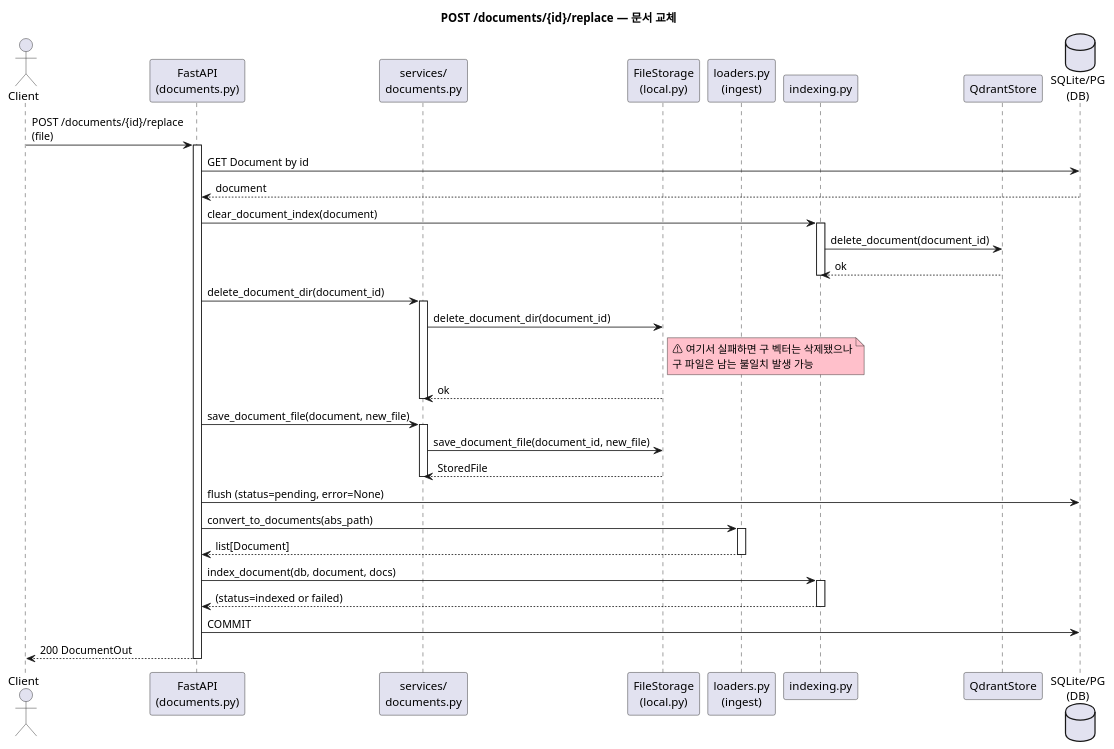
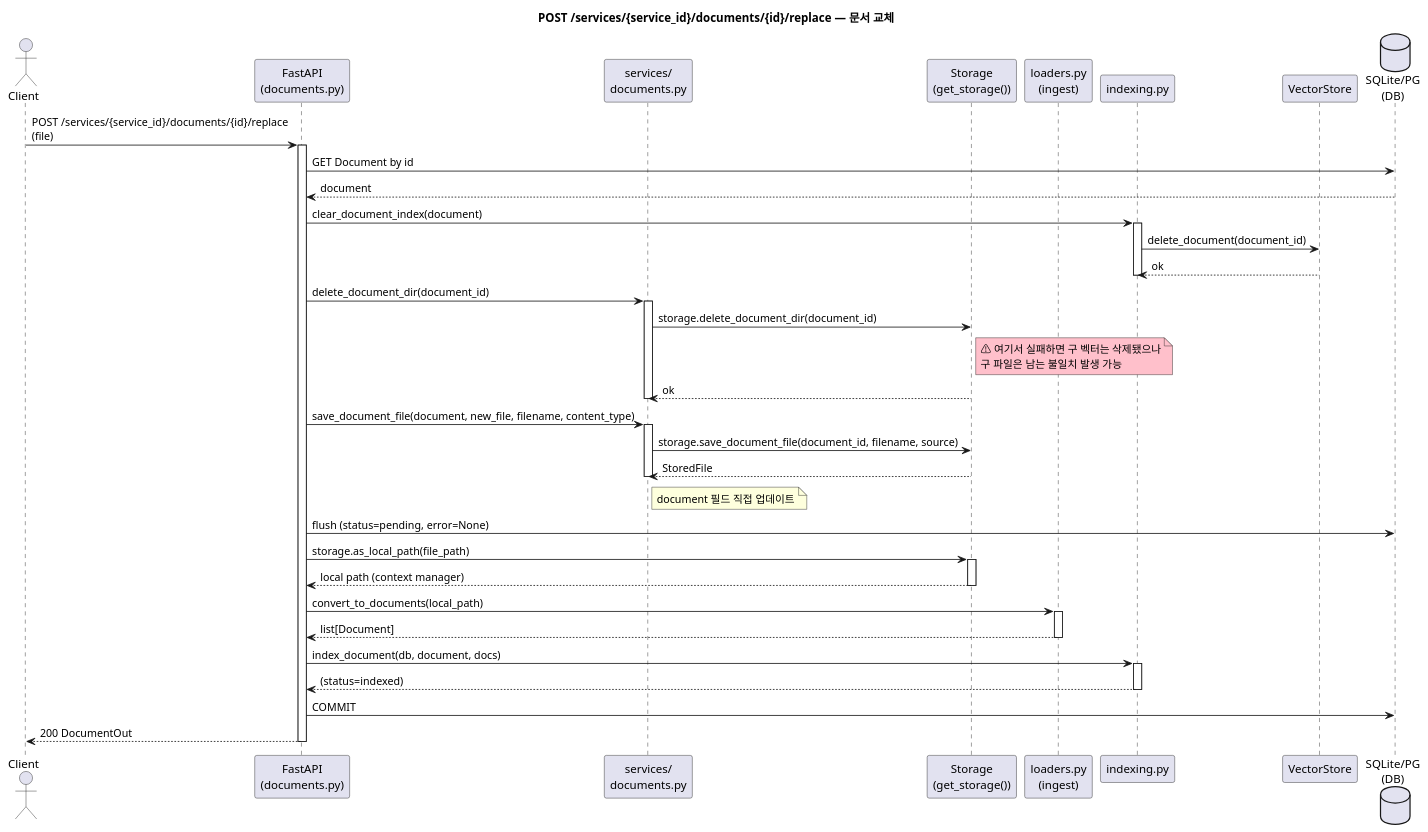
The second of 4 diagrams in docs/diagrams/all.puml (sigmoidx0/ragkit), drawn with PlantUML before and after one commit. The commit also changed other lines of this file and 4 other files, not shown here.

Commit message:
docs: update sequence diagram

```diff
--- a/docs/diagrams/all.puml
+++ b/docs/diagrams/all.puml
@@ -81,60 +89,66 @@
 @startuml Document Replace
 
-title POST /documents/{id}/replace — 문서 교체
+title POST /services/{service_id}/documents/{id}/replace — 문서 교체
 
 actor Client
 participant "FastAPI\n(documents.py)" as API
 participant "services/\ndocuments.py" as SVC
-participant "FileStorage\n(local.py)" as FS
+participant "Storage\n(get_storage())" as FS
 participant "loaders.py\n(ingest)" as LDR
 participant "indexing.py" as IDX
-participant "QdrantStore" as QD
+participant "VectorStore" as QD
 database "SQLite/PG\n(DB)" as DB
 
-Client -> API : POST /documents/{id}/replace\n(file)
+Client -> API : POST /services/{service_id}/documents/{id}/replace\n(file)
 activate API
 
 API -> DB : GET Document by id
 DB --> API : document
 
 API -> IDX : clear_document_index(document)
 activate IDX
 IDX -> QD : delete_document(document_id)
 QD --> IDX : ok
 deactivate IDX
 
 API -> SVC : delete_document_dir(document_id)
 activate SVC
-SVC -> FS : delete_document_dir(document_id)
+SVC -> FS : storage.delete_document_dir(document_id)
 note right of FS #pink
   ⚠ 여기서 실패하면 구 벡터는 삭제됐으나
   구 파일은 남는 불일치 발생 가능
 end note
 FS --> SVC : ok
 deactivate SVC
 
-API -> SVC : save_document_file(document, new_file)
+API -> SVC : save_document_file(document, new_file, filename, content_type)
 activate SVC
-SVC -> FS : save_document_file(document_id, new_file)
+SVC -> FS : storage.save_document_file(document_id, filename, source)
 FS --> SVC : StoredFile
+note right of SVC : document 필드 직접 업데이트
 deactivate SVC
 
 API -> DB : flush (status=pending, error=None)
 
-API -> LDR : convert_to_documents(abs_path)
+API -> FS : storage.as_local_path(file_path)
+activate FS
+FS --> API : local path (context manager)
+deactivate FS
+
+API -> LDR : convert_to_documents(local_path)
 activate LDR
 LDR --> API : list[Document]
 deactivate LDR
 
 API -> IDX : index_document(db, document, docs)
 activate IDX
-IDX --> API : (status=indexed or failed)
+IDX --> API : (status=indexed)
 deactivate IDX
 
 API -> DB : COMMIT
 
 API --> Client : 200 DocumentOut
 
 deactivate API
 
 @enduml
```
